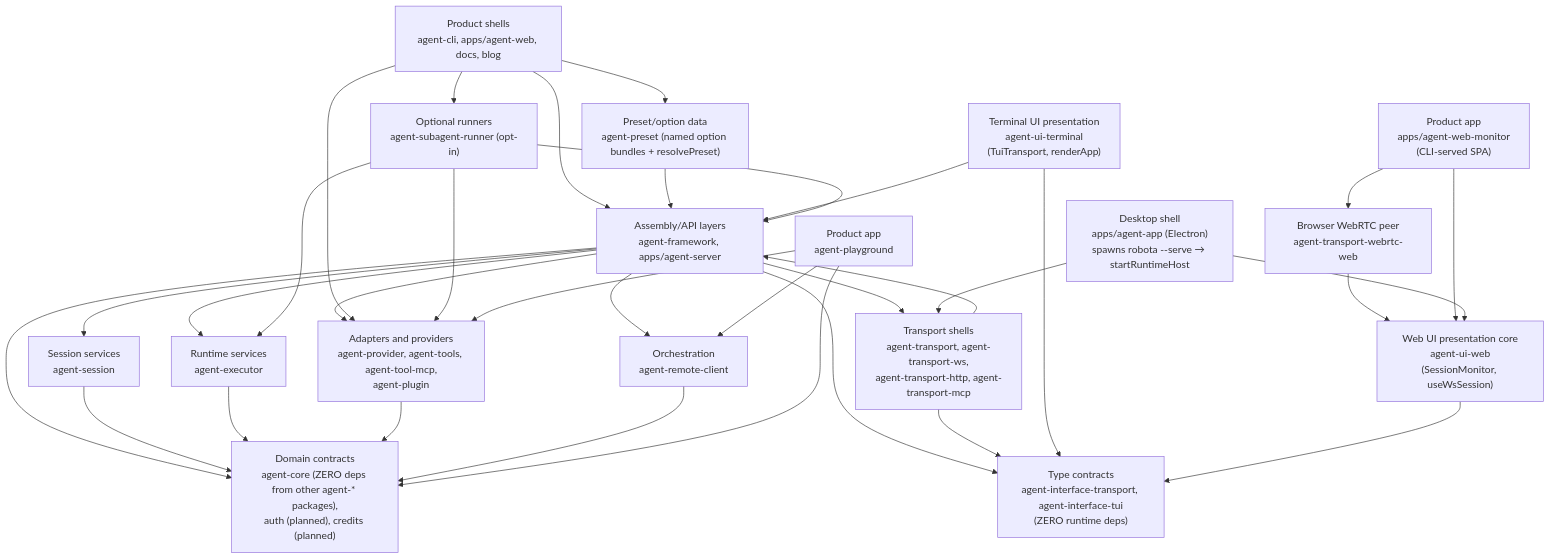
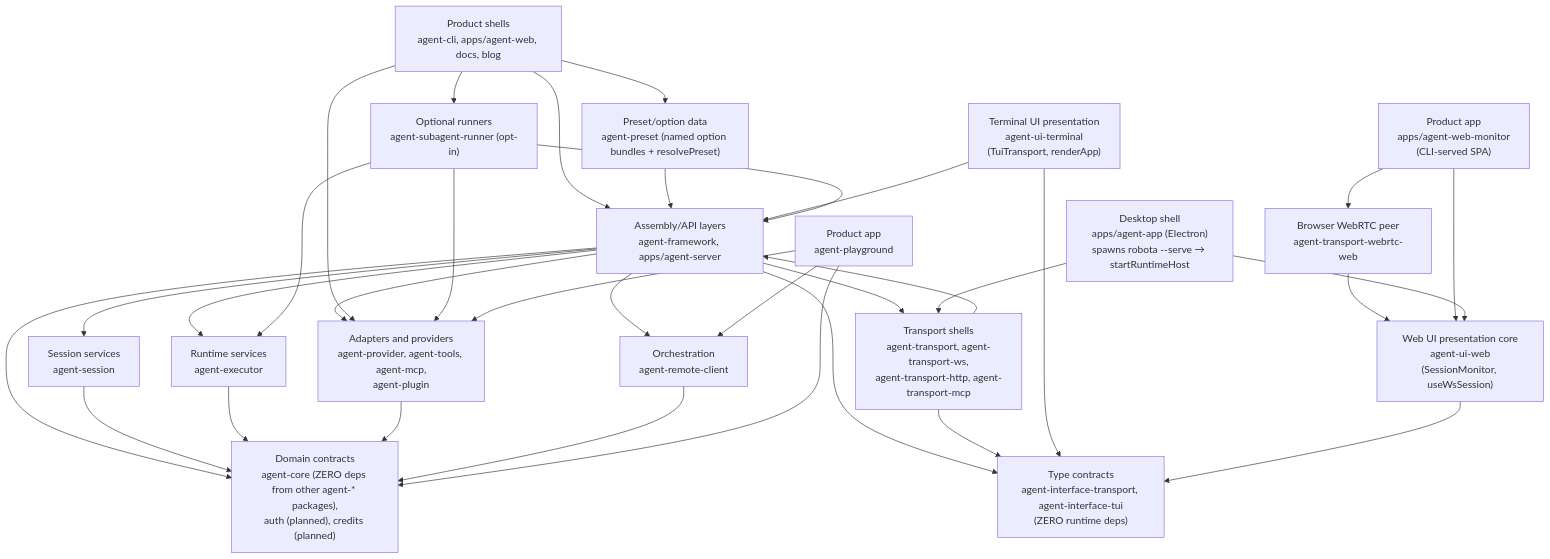
One commit to woojubb/robota changed the diagram in .agents/specs/architecture-map/dependency-direction.md. Above: the diagram before and after it, drawn with Mermaid. The commit also changed 70 other files, not shown here.

````diff
--- a/.agents/specs/architecture-map/dependency-direction.md
+++ b/.agents/specs/architecture-map/dependency-direction.md
@@ -9,53 +9,53 @@
 ```mermaid
 flowchart TD
   ProductShells["Product shells\nagent-cli, apps/agent-web, docs, blog"]
   Playground["Product app\nagent-playground"]
   TransportGui["Web UI presentation core\nagent-ui-web\n(SessionMonitor, useWsSession)"]
   TerminalUi["Terminal UI presentation\nagent-ui-terminal\n(TuiTransport, renderApp)"]
   WebRtcWeb["Browser WebRTC peer\nagent-transport-webrtc-web"]
   WebMonitor["Product app\napps/agent-web-monitor\n(CLI-served SPA)"]
   DesktopApp["Desktop shell\napps/agent-app (Electron)\nspawns robota --serve → startRuntimeHost"]
   Assembly["Assembly/API layers\nagent-framework, apps/agent-server"]
   Preset["Preset/option data\nagent-preset (named option bundles + resolvePreset)"]
   TransportShells["Transport shells\nagent-transport, agent-transport-ws,\nagent-transport-http, agent-transport-mcp"]
   TypeContracts["Type contracts\nagent-interface-transport, agent-interface-tui\n(ZERO runtime deps)"]
   Orchestration["Orchestration\nagent-remote-client"]
   Sessions["Session services\nagent-session"]
   Executor["Runtime services\nagent-executor"]
   Domain["Domain contracts\nagent-core (ZERO deps from other agent-* packages),\nauth (planned), credits (planned)"]
-  Adapters["Adapters and providers\nagent-provider, agent-tools, agent-tool-mcp,\nagent-plugin"]
+  Adapters["Adapters and providers\nagent-provider, agent-tools, agent-mcp,\nagent-plugin"]
   OptIn["Optional runners\nagent-subagent-runner (opt-in)"]
 
   ProductShells --> Assembly
   Preset --> Assembly
   ProductShells --> Preset
   Assembly --> Sessions
   Assembly --> Executor
   Assembly --> Domain
   Assembly --> TypeContracts
   Sessions --> Domain
   Executor --> Domain
   Assembly --> Adapters
   ProductShells --> Adapters
   ProductShells --> OptIn
   Adapters --> Domain
   TransportShells --> Assembly
   TransportShells --> TypeContracts
   Assembly --> TransportShells
   TerminalUi --> Assembly
   TerminalUi --> TypeContracts
   Orchestration --> Domain
   Assembly --> Orchestration
   OptIn --> Assembly
   OptIn --> Executor
   OptIn --> Adapters
   Playground --> Domain
   Playground --> Adapters
   Playground --> Orchestration
   TransportGui --> TypeContracts
   WebRtcWeb --> TransportGui
   WebMonitor --> TransportGui
   WebMonitor --> WebRtcWeb
   DesktopApp --> TransportGui
   DesktopApp --> TransportShells
 ```
````
